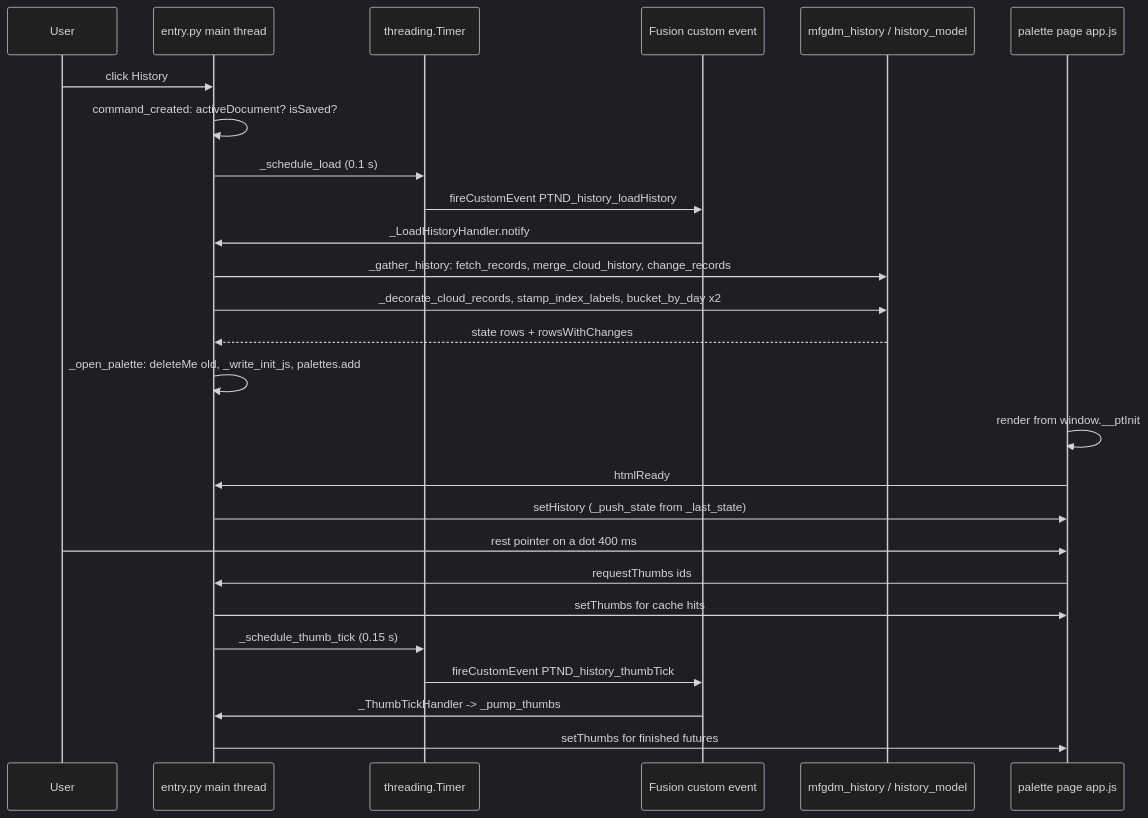
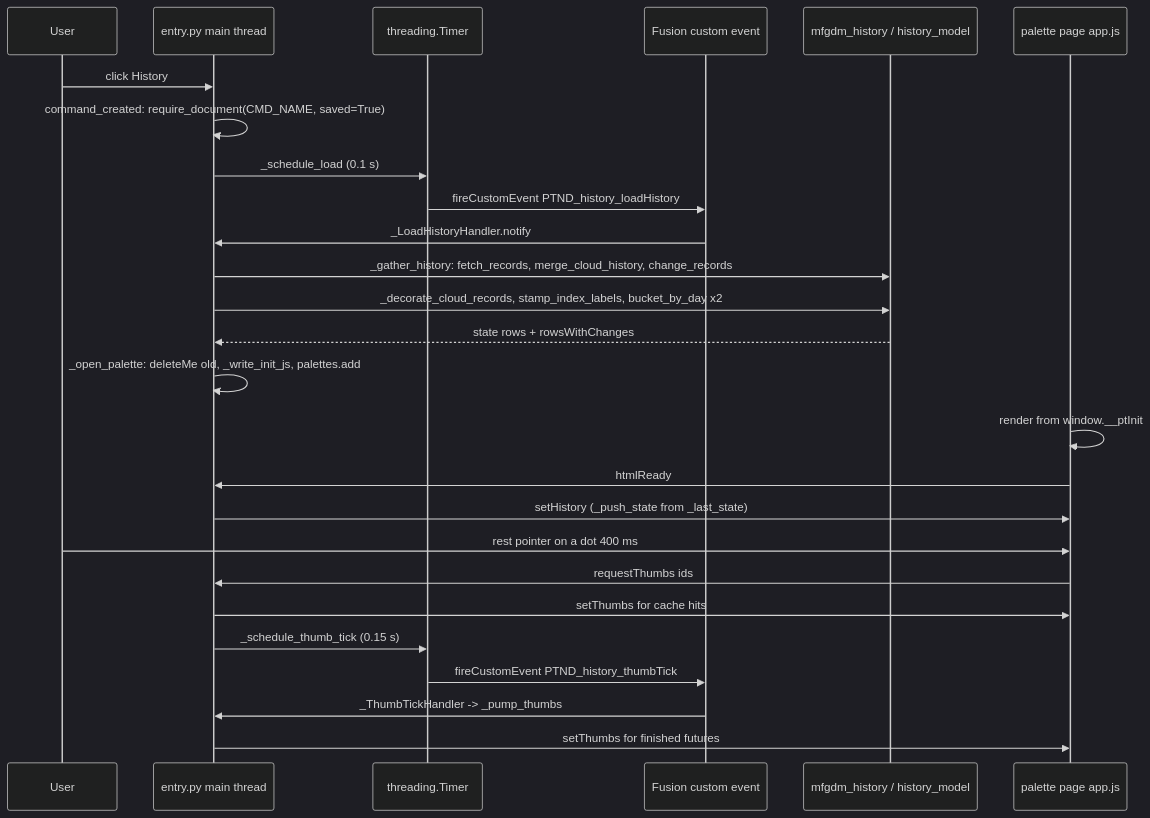
The diagram in docs/arch/Document History.md (schneik80/PowerTools), drawn with Mermaid (dark theme) before and after one commit. The commit also changed other lines of this file and 79 other files, not shown here.

````diff
--- a/docs/arch/Document History.md
+++ b/docs/arch/Document History.md
@@ -124,28 +124,28 @@
 ```mermaid
 sequenceDiagram
     participant U as User
     participant E as entry.py main thread
     participant T as threading.Timer
     participant F as Fusion custom event
     participant M as mfgdm_history / history_model
     participant P as palette page app.js
     U->>E: click History
-    E->>E: command_created: activeDocument? isSaved?
+    E->>E: command_created: require_document(CMD_NAME, saved=True)
     E->>T: _schedule_load (0.1 s)
     T->>F: fireCustomEvent PTND_history_loadHistory
     F->>E: _LoadHistoryHandler.notify
     E->>M: _gather_history: fetch_records, merge_cloud_history, change_records
     E->>M: _decorate_cloud_records, stamp_index_labels, bucket_by_day x2
     M-->>E: state rows + rowsWithChanges
     E->>E: _open_palette: deleteMe old, _write_init_js, palettes.add
     P->>P: render from window.__ptInit
     P->>E: htmlReady
     E->>P: setHistory (_push_state from _last_state)
     U->>P: rest pointer on a dot 400 ms
     P->>E: requestThumbs ids
     E->>P: setThumbs for cache hits
     E->>T: _schedule_thumb_tick (0.15 s)
     T->>F: fireCustomEvent PTND_history_thumbTick
     F->>E: _ThumbTickHandler -> _pump_thumbs
     E->>P: setThumbs for finished futures
 ```
````
